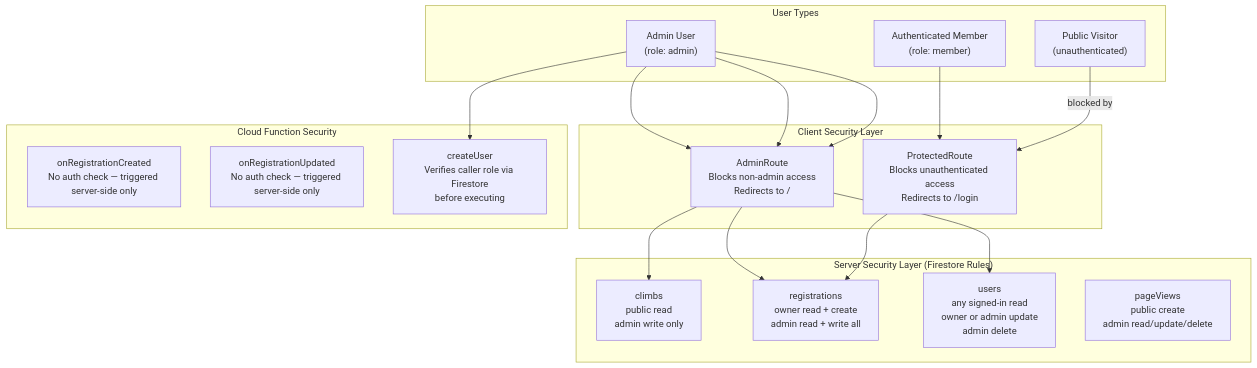
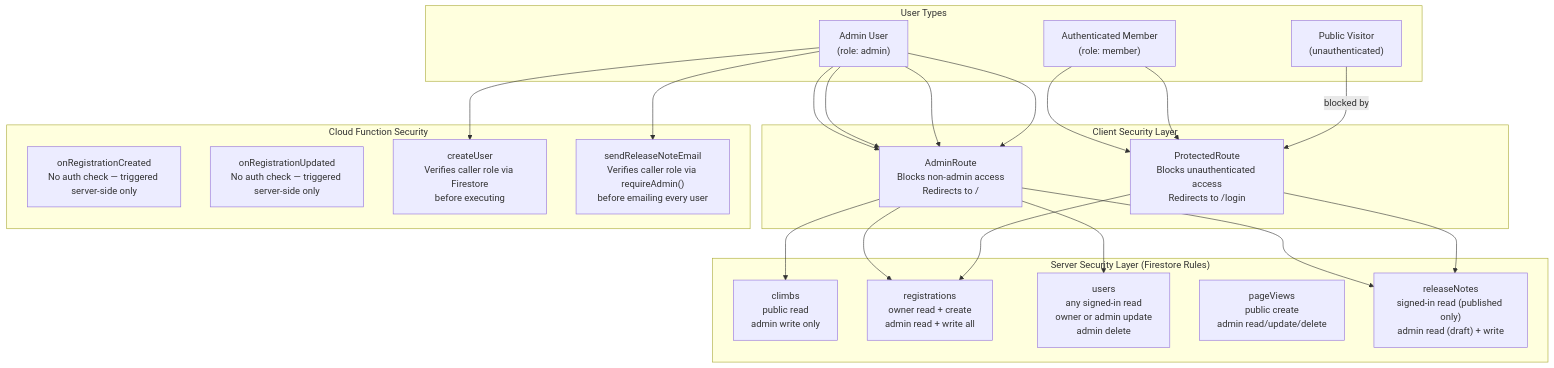
One commit to Oweeboi011/mms-open-climbs changed the first of 7 diagrams in docs/SECURITY.md. Above: the diagram before and after it, drawn with Mermaid. The commit also changed other lines of this file and 9 other files, not shown here.

First line of the commit message:
feat: Implement Release Notes feature with admin publishing and member notifications

````diff
--- a/docs/SECURITY.md
+++ b/docs/SECURITY.md
@@ -35,33 +35,38 @@
 ```mermaid
 flowchart TB
     subgraph Users["User Types"]
         PU["Public Visitor\n(unauthenticated)"]
         MU["Authenticated Member\n(role: member)"]
         AU["Admin User\n(role: admin)"]
     end
 
     subgraph ClientLayer["Client Security Layer"]
         PR["ProtectedRoute\nBlocks unauthenticated access\nRedirects to /login"]
         AR["AdminRoute\nBlocks non-admin access\nRedirects to /"]
     end
 
     subgraph ServerLayer["Server Security Layer (Firestore Rules)"]
         CR["climbs\npublic read\nadmin write only"]
         RR["registrations\nowner read + create\nadmin read + write all"]
         UR["users\nany signed-in read\nowner or admin update\nadmin delete"]
         PV["pageViews\npublic create\nadmin read/update/delete"]
+        RN["releaseNotes\nsigned-in read (published only)\nadmin read (draft) + write"]
     end
 
     subgraph FunctionLayer["Cloud Function Security"]
         CF1["onRegistrationCreated\nNo auth check — triggered server-side only"]
         CF2["onRegistrationUpdated\nNo auth check — triggered server-side only"]
         CF3["createUser\nVerifies caller role via Firestore\nbefore executing"]
+        CF4["sendReleaseNoteEmail\nVerifies caller role via requireAdmin()\nbefore emailing every user"]
     end
 
     PU -->|blocked by| PR
     MU --> PR --> RR
+    MU --> PR --> RN
     AU --> AR --> CR
     AU --> AR --> UR
     AU --> AR --> RR
+    AU --> AR --> RN
     AU --> CF3
+    AU --> CF4
 ```
````
